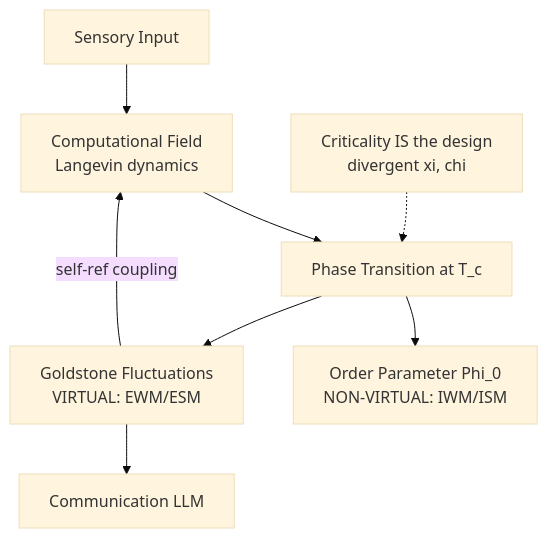
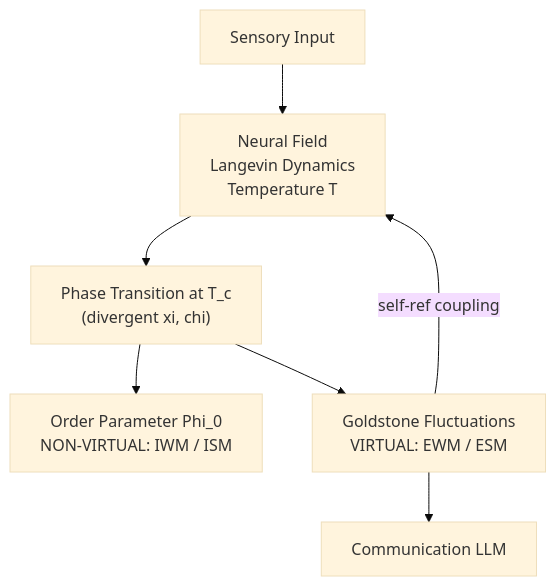
The diagram in docs/engineering/designs/pdf/mmd/design-12-simple.mmd (JeltzProstetnic/aIware), drawn with Mermaid (base theme) before and after one commit. The commit also changed 52 other files, not shown here.

First line of the commit message:
Session 129: AIW-15 diagram redesign (all 16 AC designs)

```diff
--- a/docs/engineering/designs/pdf/mmd/design-12-simple.mmd
+++ b/docs/engineering/designs/pdf/mmd/design-12-simple.mmd
@@ -1,8 +1,7 @@
 graph TD
-    INPUT[Sensory Input] --> FIELD[Computational Field<br/>Langevin dynamics]
-    FIELD --> TC[Phase Transition at T_c]
-    TC --> PHI0[Order Parameter Phi_0<br/>NON-VIRTUAL: IWM/ISM]
-    TC --> GOLD[Goldstone Fluctuations<br/>VIRTUAL: EWM/ESM]
+    INPUT[Sensory Input] --> FIELD["Neural Field<br/>Langevin Dynamics<br/>Temperature T"]
+    FIELD --> TC["Phase Transition at T_c<br/>(divergent xi, chi)"]
+    TC --> PHI0["Order Parameter Phi_0<br/>NON-VIRTUAL: IWM / ISM"]
+    TC --> GOLD["Goldstone Fluctuations<br/>VIRTUAL: EWM / ESM"]
     GOLD -->|self-ref coupling| FIELD
     GOLD --> COMM[Communication LLM]
-    CRIT[Criticality IS the design<br/>divergent xi, chi] -.-> TC
```
